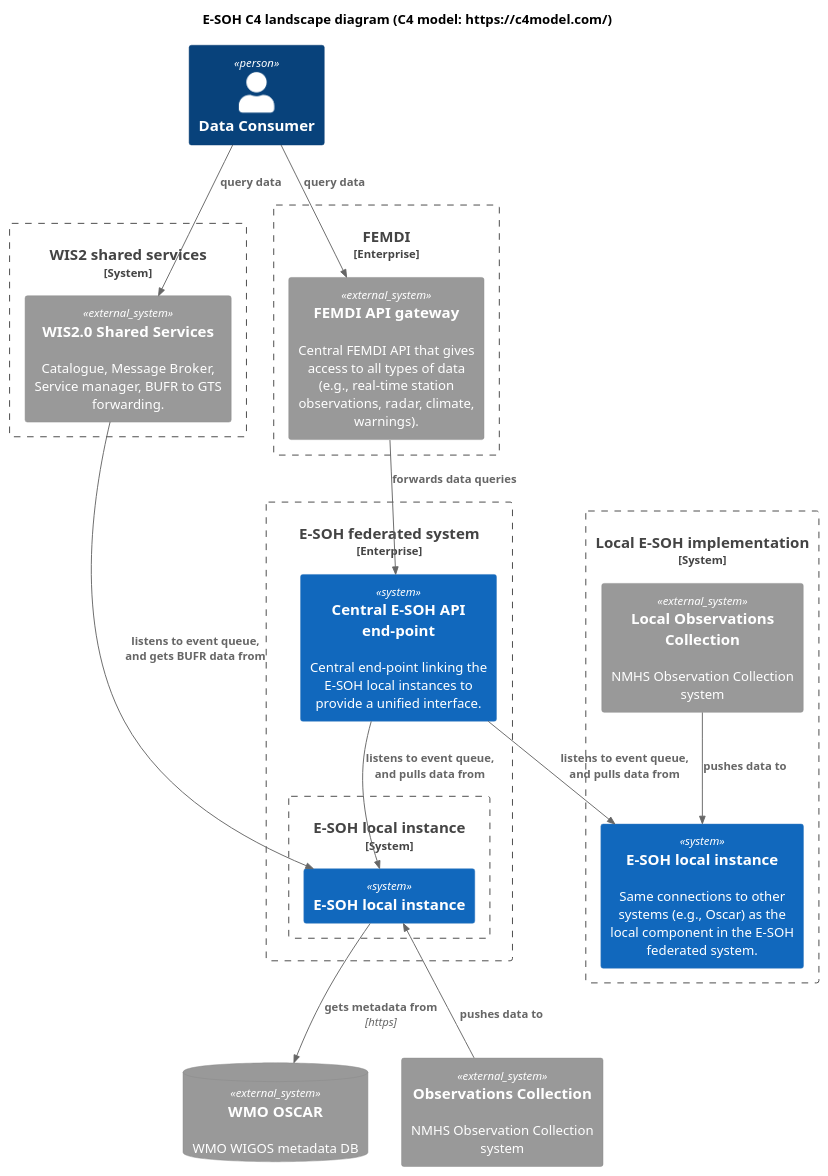
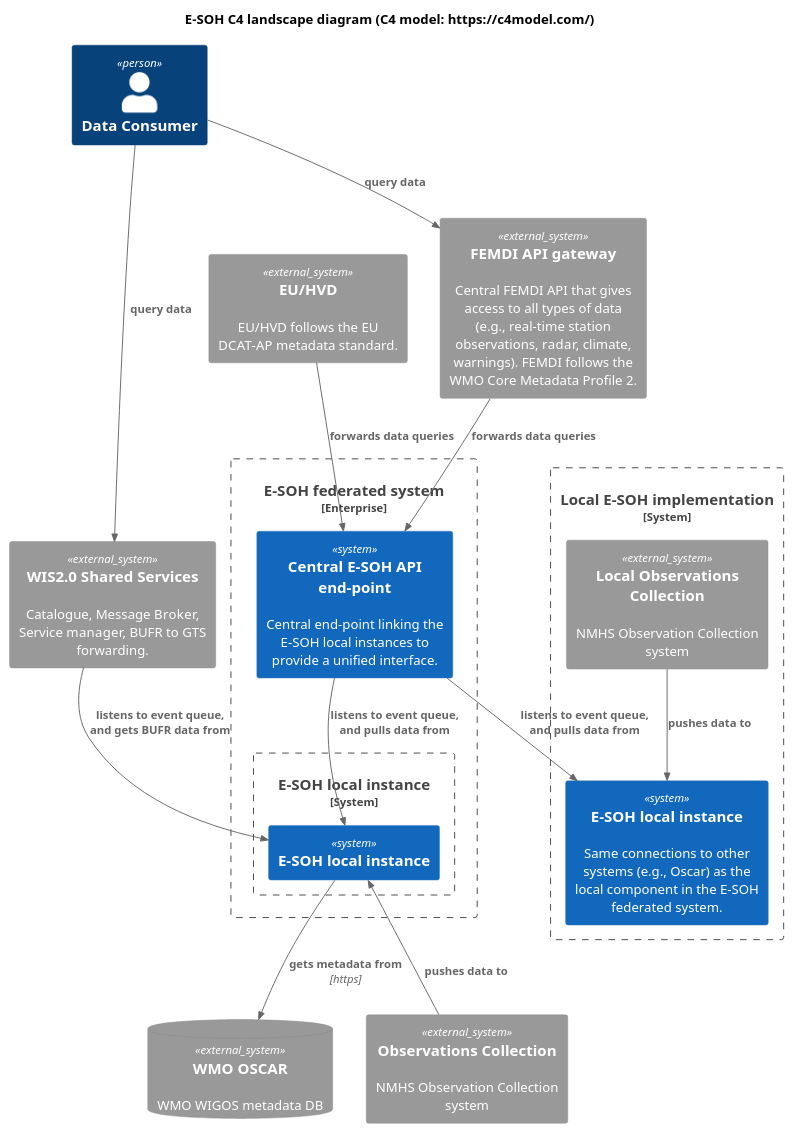
Before and after one commit to EURODEO/e-soh-technical-architecture: the diagram in source/puml/E-SOH-C4-landscape-diagram.puml, drawn with PlantUML. The commit also changed 1 other file, not shown here.

Commit message:
Add system box for EU/HVD

```diff
--- a/source/puml/E-SOH-C4-landscape-diagram.puml
+++ b/source/puml/E-SOH-C4-landscape-diagram.puml
@@ -1,65 +1,64 @@
 @startuml "E-SOH-C4-landscape-diagram"
 
 !include <C4/C4_Container>
 
 '!include https://raw.githubusercontent.com/plantuml-stdlib/C4-PlantUML/master/C4_Context.puml
 ' or use local:
 '!include C4_Context.puml
 
 LAYOUT_TOP_DOWN()
 'LAYOUT_LEFT_RIGHT()
 'LAYOUT_AS_SKETCH()
 'LAYOUT_WITH_LEGEND()
 
 title E-SOH C4 landscape diagram (C4 model: https://c4model.com/)
 
 'AddElementTag("microService", $shape=EightSidedShape(), $bgColor="CornflowerBlue", $fontColor="white", $legendText="micro service\neight sided")
 
 
 Person(consumer, "Data Consumer")
 
-Enterprise_Boundary(femdi_all, "FEMDI") {
-    System_Ext("femdigw", "FEMDI API gateway", "Central FEMDI API that gives access to all types of data (e.g., real-time station observations, radar, climate, warnings).")
-}
+System_Ext(hvd, "EU/HVD", "EU/HVD follows the EU DCAT-AP metadata standard.")
+
+System_Ext("femdigw", "FEMDI API gateway", "Central FEMDI API that gives access to all types of data (e.g., real-time station observations, radar, climate, warnings). FEMDI follows the WMO Core Metadata Profile 2.")
 
 Enterprise_Boundary(esoh_all, "E-SOH federated system"){
   System(centralapi, "Central E-SOH API end-point", "Central end-point linking the E-SOH local instances to provide a unified interface.")
 
   System_Boundary(esoh_fed, "E-SOH local instance"){
     System(esoh, "E-SOH local instance", "")
   }
 }
 
-' WIS2 box:
-System_Boundary(wis2shared_all, "WIS2 shared services"){
-    System_Ext(wis2shared, "WIS2.0 Shared Services", "Catalogue, Message Broker, Service manager, BUFR to GTS forwarding.")
-    'System_Ext(wis2gts, "WMO WIS2.0 GTS relay", "Relay the BUFR files into GTS.")
-}
+System_Ext(wis2shared, "WIS2.0 Shared Services", "Catalogue, Message Broker, Service manager, BUFR to GTS forwarding.")
+'System_Ext(wis2gts, "WMO WIS2.0 GTS relay", "Relay the BUFR files into GTS.")
 
 System_Boundary(esoh_local_implementation, "Local E-SOH implementation"){
     System_Ext(obscoll_local,"Local Observations Collection", "NMHS Observation Collection system")
     System(esoh_local, "E-SOH local instance", "Same connections to other systems (e.g., Oscar) as the local component in the E-SOH federated system.")
 }
 
 SystemDb_Ext(oscar, "WMO OSCAR", "WMO WIGOS metadata DB")
 System_Ext(obscoll,"Observations Collection", "NMHS Observation Collection system")
 
 Rel_U(obscoll, esoh, "pushes data to")
 
 Rel(obscoll_local, esoh_local, "pushes data to")
 
 
 Rel(wis2shared, esoh, "listens to event queue, and gets BUFR data from")
 Rel(esoh, oscar, "gets metadata from", "https")
 
 Rel(consumer, wis2shared ,"query data")
 Rel("consumer", "femdigw","query data")
 Rel(femdigw, centralapi, "forwards data queries")
+Rel(hvd, centralapi, "forwards data queries")
 Rel(centralapi, esoh_local, "listens to event queue, and pulls data from")
 Rel(centralapi, esoh, "listens to event queue, and pulls data from")
+
 
 'layout:
 'Lay_U("oscar", "obscoll")
 'Lay_L("obscoll","esoh")
 
 @enduml
```
